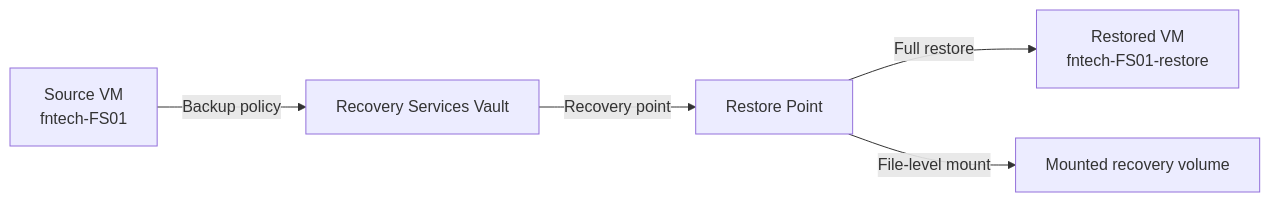
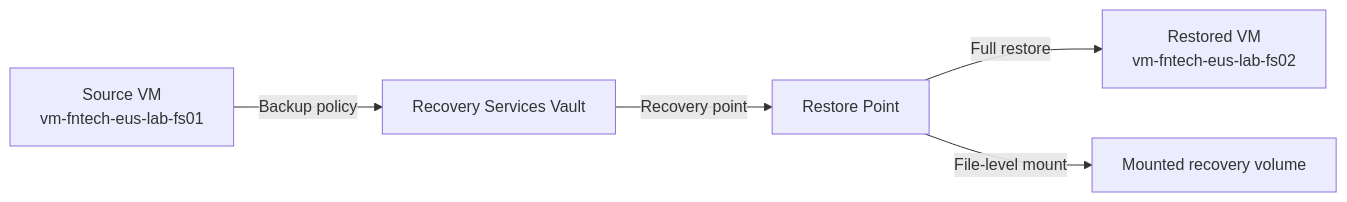
Before and after one commit to nkadwaikar/azure-hands-on-engineering: the diagram in Recovery Services vaults/1-VM Backup and Restore Procedure.md, drawn with Mermaid. The commit also changed other lines of this file and 12 other files, not shown here.

````diff
--- a/Recovery Services vaults/1-VM Backup and Restore Procedure.md
+++ b/Recovery Services vaults/1-VM Backup and Restore Procedure.md
@@ -47,7 +47,7 @@
 ```mermaid
 flowchart LR
-    VM[Source VM<br/>fntech-FS01] -->|Backup policy| RSV[Recovery Services Vault]
+    VM[Source VM<br/>vm-fntech-eus-lab-fs01] -->|Backup policy| RSV[Recovery Services Vault]
     RSV -->|Recovery point| RP[Restore Point]
-    RP -->|Full restore| VMR[Restored VM<br/>fntech-FS01-restore]
+    RP -->|Full restore| VMR[Restored VM<br/>vm-fntech-eus-lab-fs02]
     RP -->|File-level mount| FLR[Mounted recovery volume]
 ```
````
